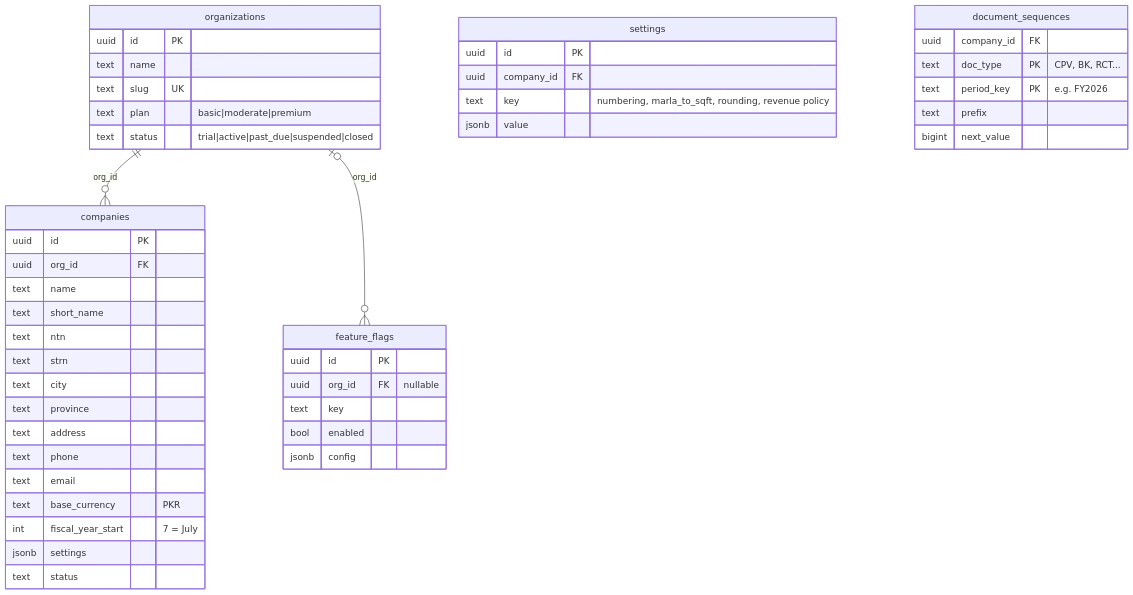
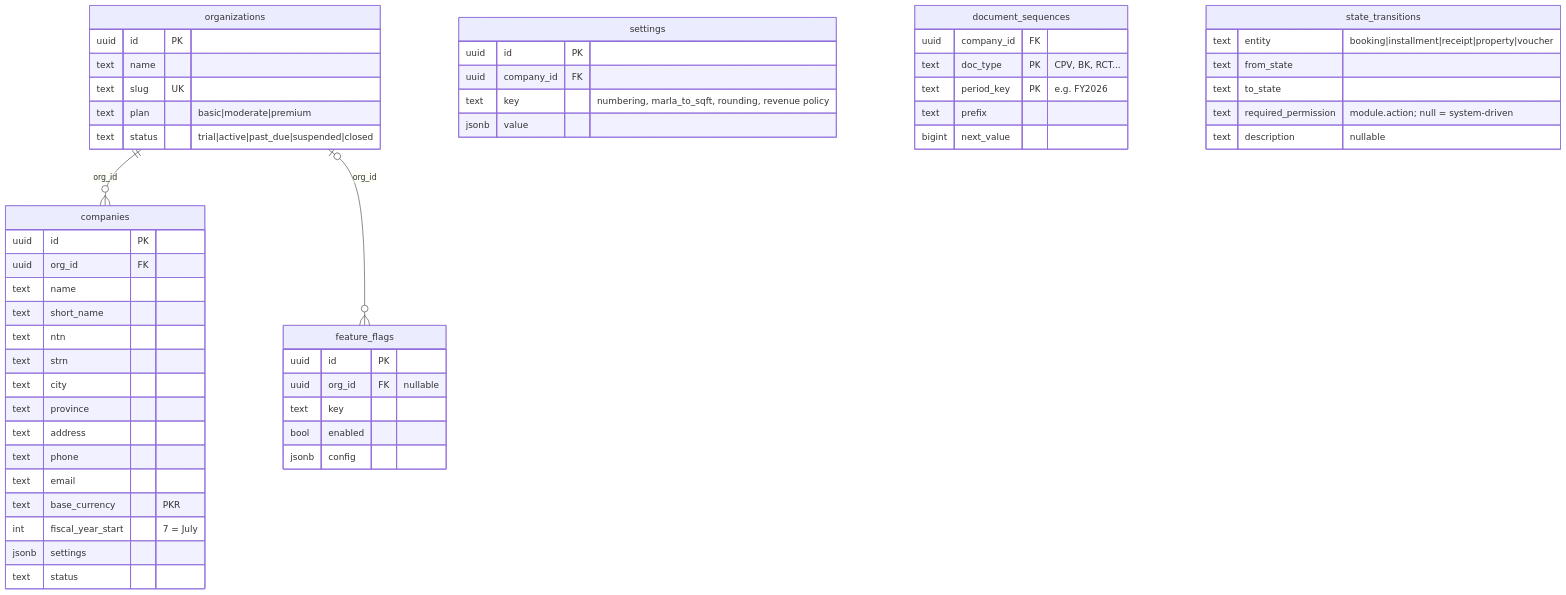
Before and after one commit to sajid293r/property_dealers_project: the third of 37 diagrams in docs/erd/ERD.md, drawn with Mermaid. The commit also changed other lines of this file and 217 other files, not shown here.

````diff
--- a/docs/erd/ERD.md
+++ b/docs/erd/ERD.md
@@ -173,49 +188,56 @@
 ```mermaid
 erDiagram
   organizations {
     uuid id PK
     text name
     text slug UK
     text plan "basic|moderate|premium"
     text status "trial|active|past_due|suspended|closed"
   }
   companies {
     uuid id PK
     uuid org_id FK
     text name
     text short_name
     text ntn
     text strn
     text city
     text province
     text address
     text phone
     text email
     text base_currency "PKR"
     int fiscal_year_start "7 = July"
     jsonb settings
     text status
   }
   settings {
     uuid id PK
     uuid company_id FK
     text key "numbering, marla_to_sqft, rounding, revenue policy"
     jsonb value
   }
   feature_flags {
     uuid id PK
     uuid org_id FK "nullable"
     text key
     bool enabled
     jsonb config
   }
   document_sequences {
     uuid company_id FK
     text doc_type PK "CPV, BK, RCT..."
     text period_key PK "e.g. FY2026"
     text prefix
     bigint next_value
   }
+  state_transitions {
+    text entity "booking|installment|receipt|property|voucher"
+    text from_state
+    text to_state
+    text required_permission "module.action; null = system-driven"
+    text description "nullable"
+  }
   organizations ||--o{ companies : "org_id"
   organizations |o--o{ feature_flags : "org_id"
 ```
````
